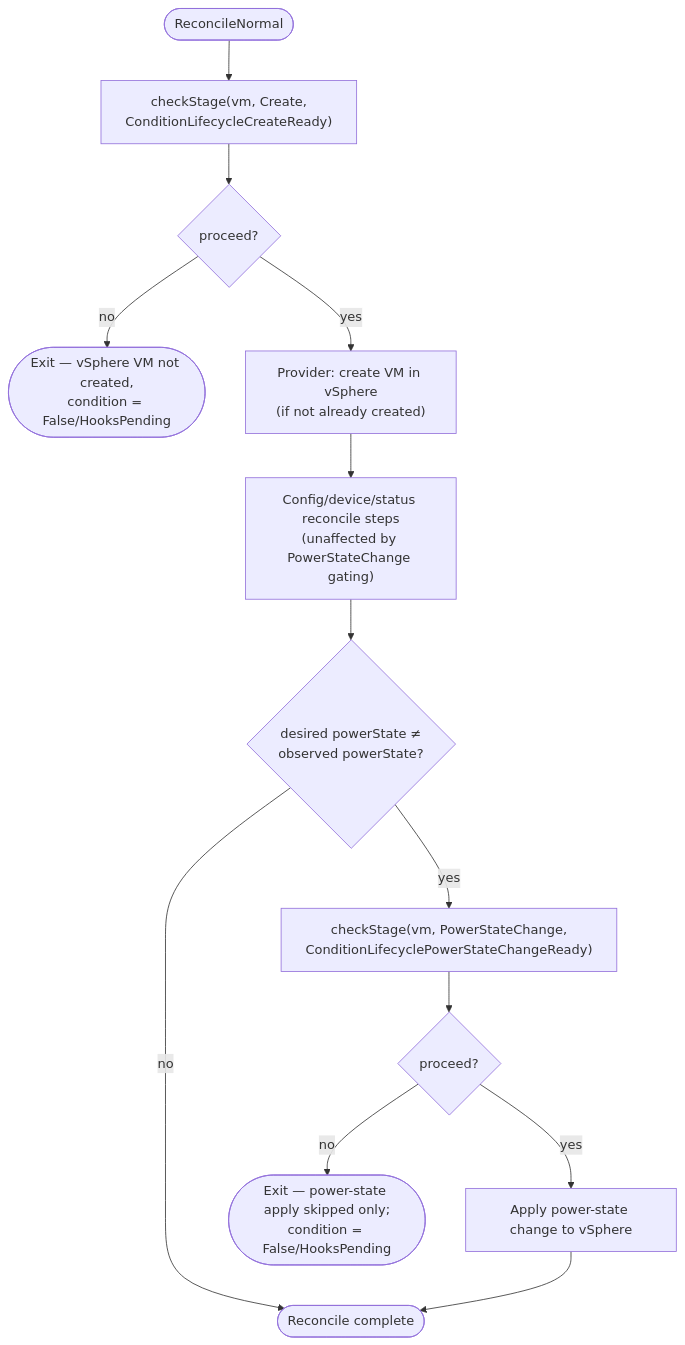
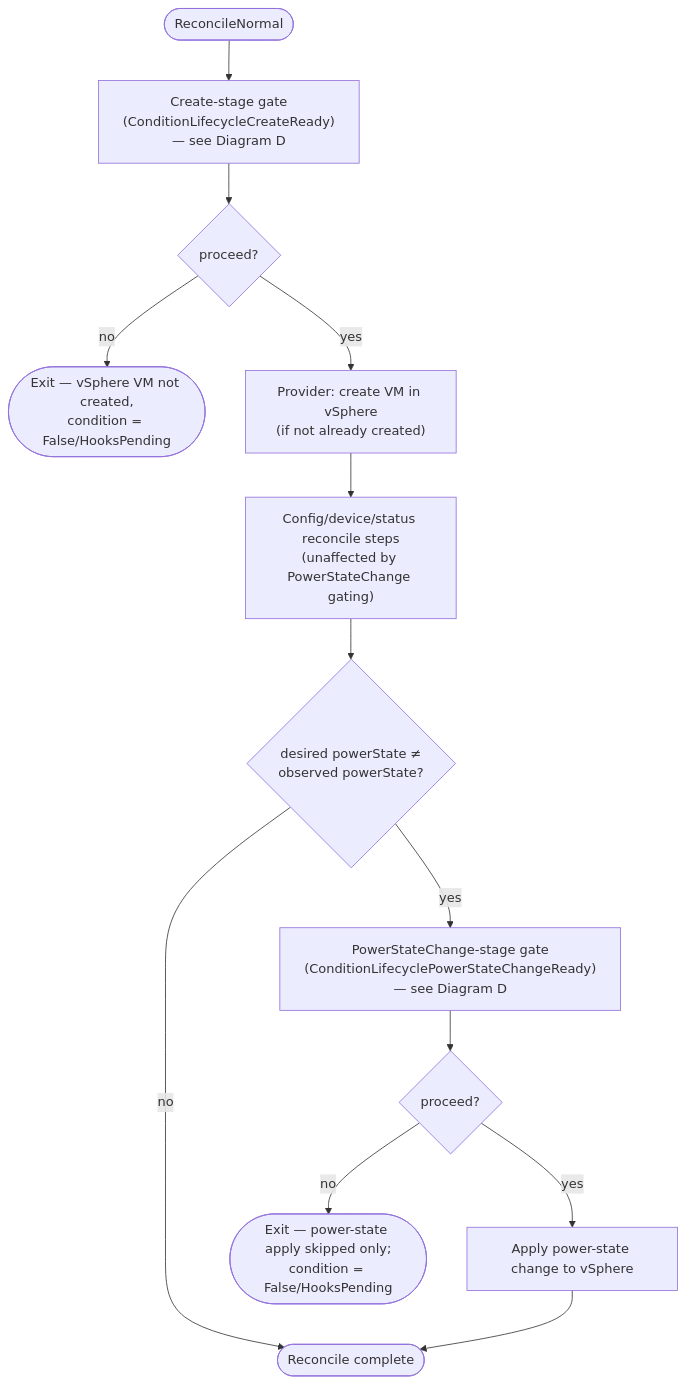
Before and after one commit to vmware-tanzu/vm-operator: the second of 4 diagrams in .sdd/specs/009-lifecycle-hooks/spec.md, drawn with Mermaid. The commit also changed other lines of this file and 2 other files, not shown here.

````diff
--- a/.sdd/specs/009-lifecycle-hooks/spec.md
+++ b/.sdd/specs/009-lifecycle-hooks/spec.md
@@ -163,15 +169,15 @@
 ```mermaid
 flowchart TD
-    Start([ReconcileNormal]) --> CreateChk[checkStage#40;vm, Create,<br/>ConditionLifecycleCreateReady#41;]
-    CreateChk --> CreateProceed{proceed?}
+    Start([ReconcileNormal]) --> CreateGate[Create-stage gate<br/>#40;ConditionLifecycleCreateReady#41;<br/>— see Diagram D]
+    CreateGate --> CreateProceed{proceed?}
     CreateProceed -- no --> CreateExit([Exit — vSphere VM not created,<br/>condition = False/HooksPending])
     CreateProceed -- yes --> ProviderCreate[Provider: create VM in vSphere<br/>#40;if not already created#41;]
     ProviderCreate --> OtherRecon[Config/device/status reconcile steps<br/>#40;unaffected by PowerStateChange gating#41;]
     OtherRecon --> PowerDiff{desired powerState ≠<br/>observed powerState?}
     PowerDiff -- no --> Done([Reconcile complete])
-    PowerDiff -- yes --> PowerChk[checkStage#40;vm, PowerStateChange,<br/>ConditionLifecyclePowerStateChangeReady#41;]
-    PowerChk --> PowerProceed{proceed?}
+    PowerDiff -- yes --> PowerGate[PowerStateChange-stage gate<br/>#40;ConditionLifecyclePowerStateChangeReady#41;<br/>— see Diagram D]
+    PowerGate --> PowerProceed{proceed?}
     PowerProceed -- no --> PowerExit([Exit — power-state apply skipped only;<br/>condition = False/HooksPending])
     PowerProceed -- yes --> ApplyPower[Apply power-state change to vSphere]
     ApplyPower --> Done
 ```
````
